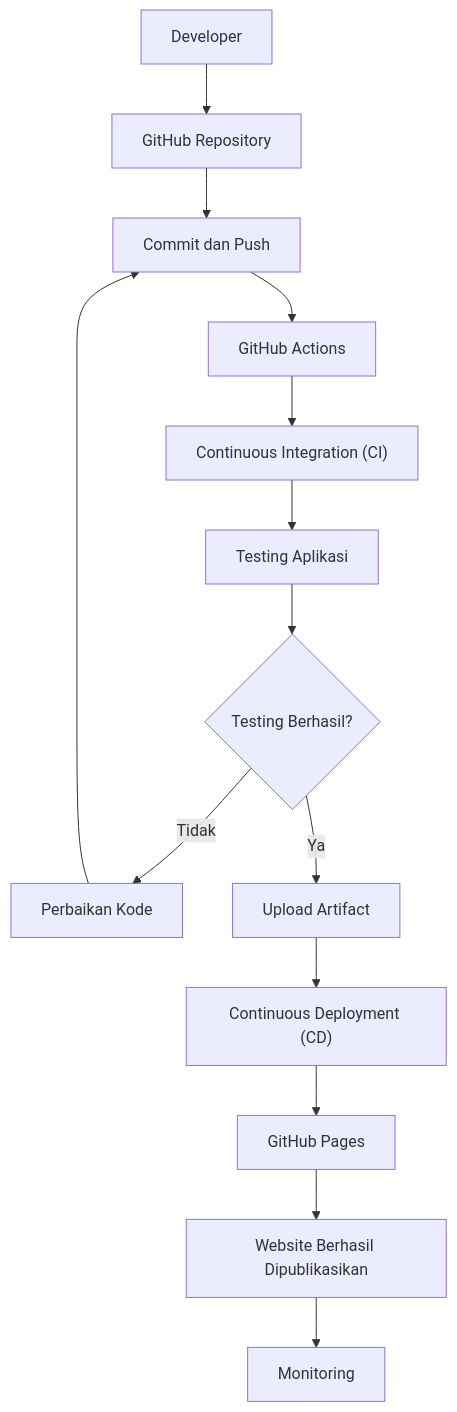
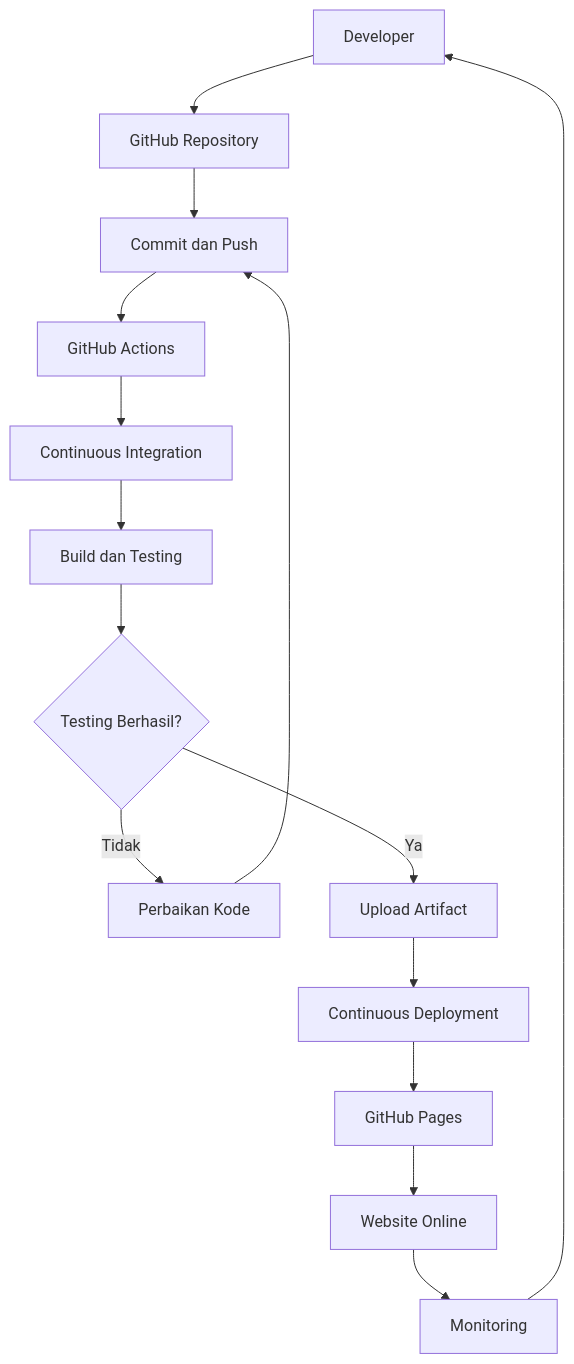
The first of 2 diagrams in README.md (simorangkiryudika/diagram-kolaborasi), drawn with Mermaid before and after one commit. The commit also changed other lines of this file, not shown here.

````diff
--- a/README.md
+++ b/README.md
@@ -8,18 +21,17 @@
 ```mermaid
 flowchart TD
     A["Developer"] --> B["GitHub Repository"]
     B --> C["Commit dan Push"]
     C --> D["GitHub Actions"]
-    D --> E["Continuous Integration (CI)"]
-    E --> F["Testing Aplikasi"]
+    D --> E["Continuous Integration"]
+    E --> F["Build dan Testing"]
     F --> G{"Testing Berhasil?"}
-
     G -->|Tidak| H["Perbaikan Kode"]
     H --> C
-
     G -->|Ya| I["Upload Artifact"]
-    I --> J["Continuous Deployment (CD)"]
+    I --> J["Continuous Deployment"]
     J --> K["GitHub Pages"]
-    K --> L["Website Berhasil Dipublikasikan"]
+    K --> L["Website Online"]
     L --> M["Monitoring"]
+    M --> A
 ```
````
